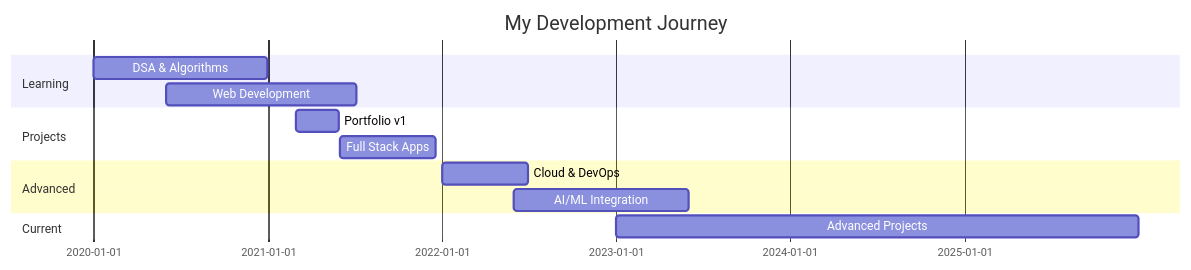
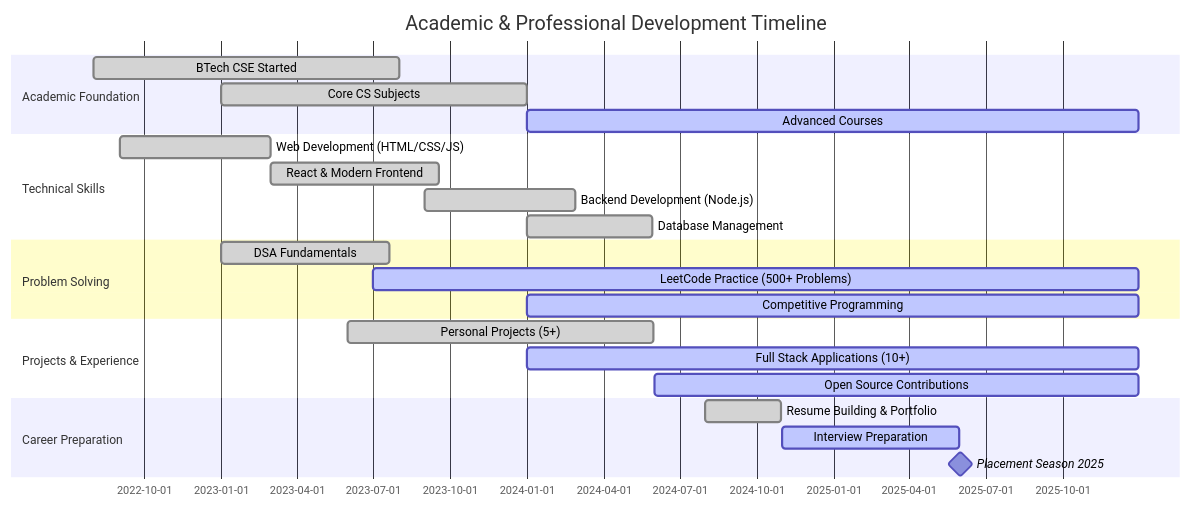
The diagram in README.md (PIYUSH0-7/PIYUSH0-7), drawn with Mermaid before and after one commit. The commit also changed other lines of this file, not shown here.

````diff
--- a/README.md
+++ b/README.md
@@ -208,16 +321,26 @@
 ```mermaid
 gantt
-    title My Development Journey
-    dateFormat  YYYY-MM-DD
-    section Learning
-    DSA & Algorithms           :2020-01-01, 365d
-    Web Development            :2020-06-01, 400d
-    section Projects
-    Portfolio v1               :2021-03-01, 90d
-    Full Stack Apps            :2021-06-01, 200d
-    section Advanced
-    Cloud & DevOps             :2022-01-01, 180d
-    AI/ML Integration          :2022-06-01, 365d
-    section Current
-    Advanced Projects          :2023-01-01, 2025-12-31
+    title Academic & Professional Development Timeline
+    dateFormat YYYY-MM-DD
+    section Academic Foundation
+    BTech CSE Started                    :done, 2022-08-01, 365d
+    Core CS Subjects                     :done, 2023-01-01, 365d
+    Advanced Courses                     :active, 2024-01-01, 2025-12-31
+    section Technical Skills
+    Web Development (HTML/CSS/JS)        :done, 2022-09-01, 180d
+    React & Modern Frontend              :done, 2023-03-01, 200d
+    Backend Development (Node.js)        :done, 2023-09-01, 180d
+    Database Management                  :done, 2024-01-01, 150d
+    section Problem Solving
+    DSA Fundamentals                     :done, 2023-01-01, 200d
+    LeetCode Practice (500+ Problems)    :active, 2023-07-01, 2025-12-31
+    Competitive Programming              :active, 2024-01-01, 2025-12-31
+    section Projects & Experience
+    Personal Projects (5+)               :done, 2023-06-01, 365d
+    Full Stack Applications (10+)        :active, 2024-01-01, 2025-12-31
+    Open Source Contributions            :active, 2024-06-01, 2025-12-31
+    section Career Preparation
+    Resume Building & Portfolio          :done, 2024-08-01, 90d
+    Interview Preparation                :active, 2024-11-01, 2025-05-31
+    Placement Season 2025                :milestone, 2025-06-01, 0d
 ```
````
